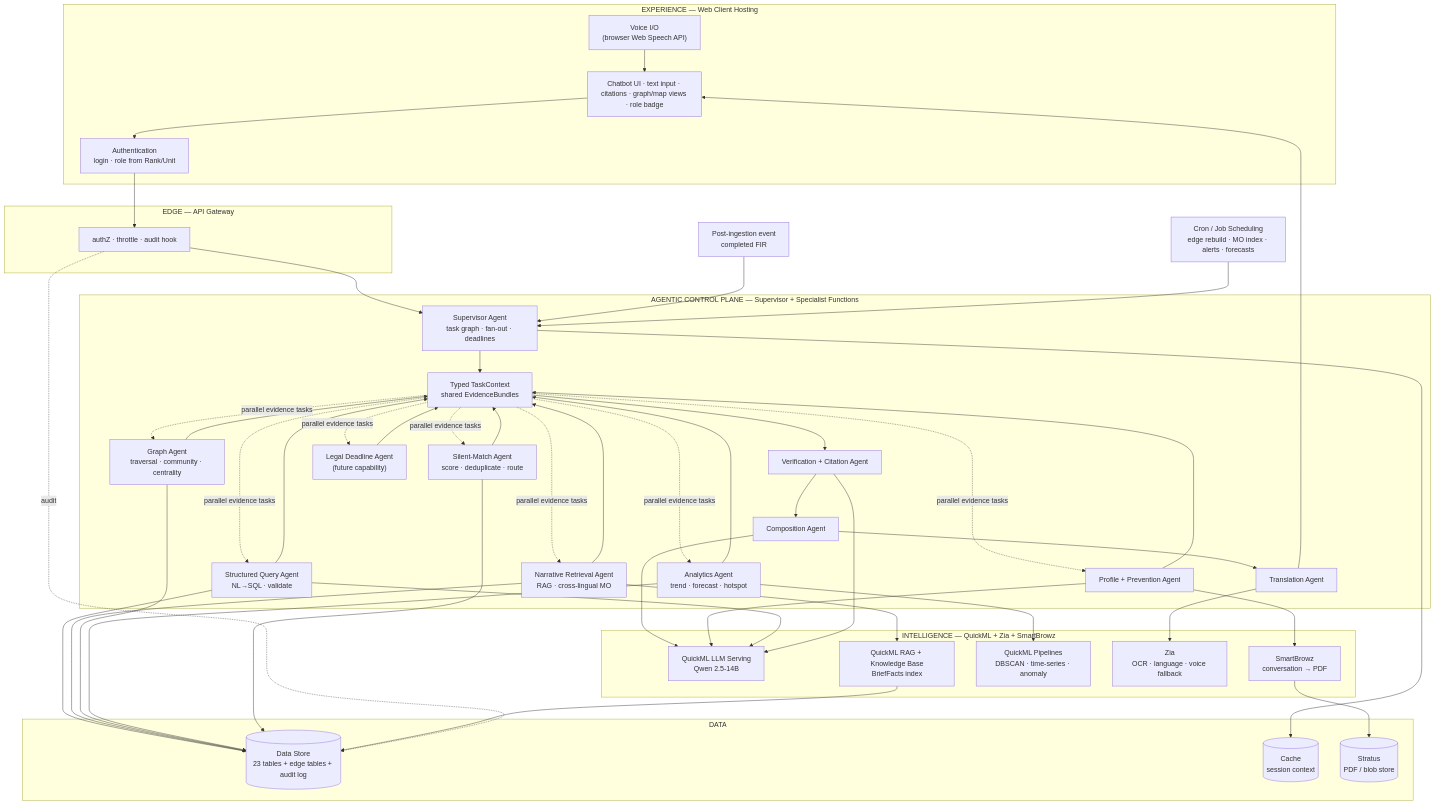
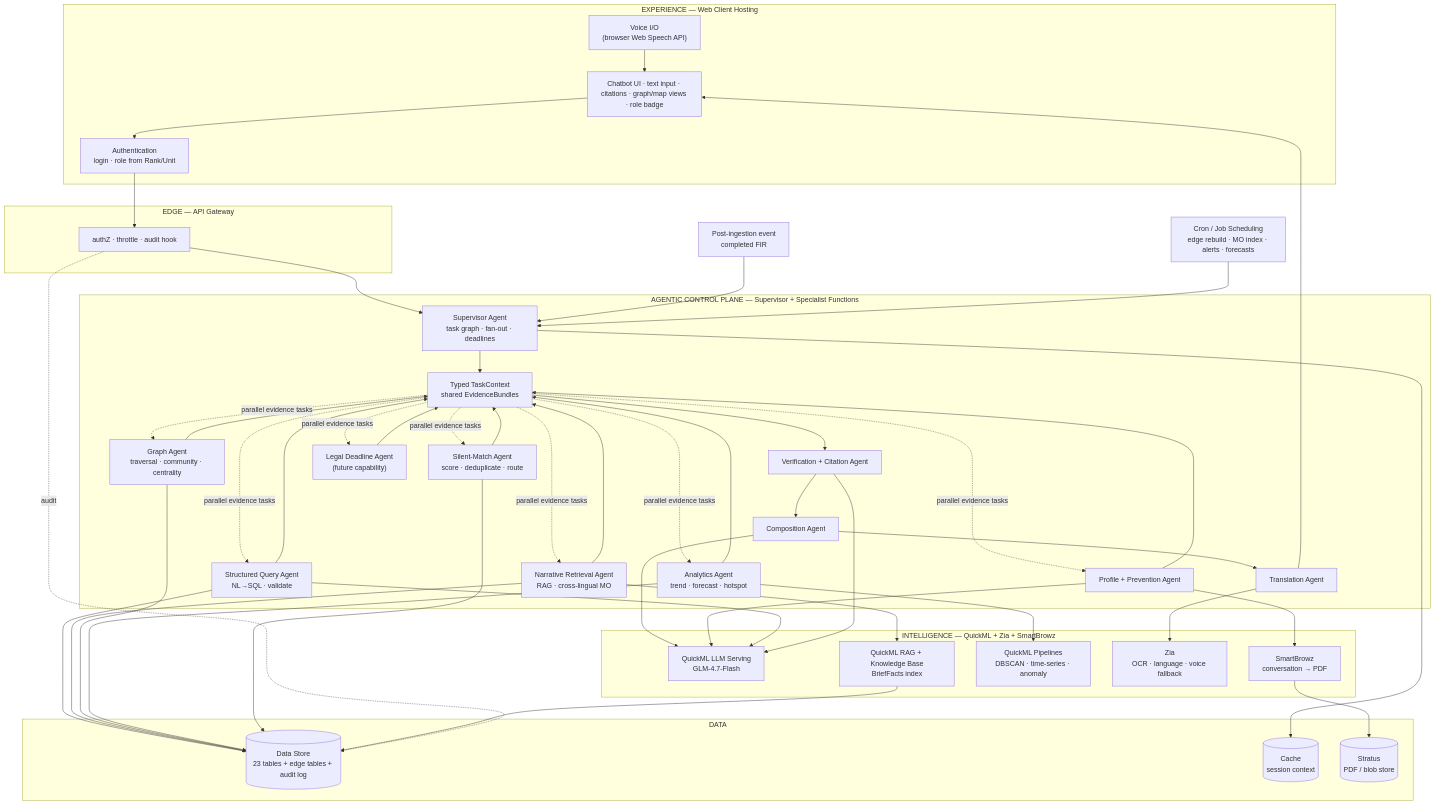
One commit to SHYAMSUNDAR2396/ksp-crime-copilot changed the first of 8 diagrams in PLAN.md. Above: the diagram before and after it, drawn with Mermaid. The commit also changed other lines of this file and 75 other files, not shown here.

````diff
--- a/PLAN.md
+++ b/PLAN.md
@@ -25,69 +25,69 @@
 ```mermaid
 flowchart TB
   subgraph EXP["EXPERIENCE — Web Client Hosting"]
     UI["Chatbot UI · text input · citations · graph/map views · role badge"]
     VOICE["Voice I/O<br/>(browser Web Speech API)"]
     AUTHN["Authentication<br/>login · role from Rank/Unit"]
   end
 
   subgraph EDGE["EDGE — API Gateway"]
     GW["authZ · throttle · audit hook"]
   end
 
   subgraph LOGIC["AGENTIC CONTROL PLANE — Supervisor + Specialist Functions"]
     SUP["Supervisor Agent<br/>task graph · fan-out · deadlines"]
     CTX["Typed TaskContext<br/>shared EvidenceBundles"]
     FQ["Structured Query Agent<br/>NL→SQL · validate"]
     FR["Narrative Retrieval Agent<br/>RAG · cross-lingual MO"]
     FG["Graph Agent<br/>traversal · community · centrality"]
     FA["Analytics Agent<br/>trend · forecast · hotspot"]
     FS["Silent-Match Agent<br/>score · deduplicate · route"]
     FV["Verification + Citation Agent"]
     FC["Composition Agent"]
     FT["Translation Agent"]
     FP["Profile + Prevention Agent"]
     FL["Legal Deadline Agent<br/>(future capability)"]
   end
 
   subgraph AI["INTELLIGENCE — QuickML + Zia + SmartBrowz"]
-    LLM["QuickML LLM Serving<br/>Qwen 2.5-14B"]
+    LLM["QuickML LLM Serving<br/>GLM-4.7-Flash"]
     RAG["QuickML RAG + Knowledge Base<br/>BriefFacts index"]
     PIPE["QuickML Pipelines<br/>DBSCAN · time-series · anomaly"]
     ZIA["Zia<br/>OCR · language · voice fallback"]
     PDF["SmartBrowz<br/>conversation → PDF"]
   end
 
   subgraph DATA["DATA"]
     DS[("Data Store<br/>23 tables + edge tables + audit log")]
     CA[("Cache<br/>session context")]
     ST[("Stratus<br/>PDF / blob store")]
   end
 
   CRON["Cron / Job Scheduling<br/>edge rebuild · MO index · alerts · forecasts"]
   EVENT["Post-ingestion event<br/>completed FIR"]
 
   VOICE --> UI
   UI --> AUTHN --> GW --> SUP
   EVENT --> SUP
   SUP --> CTX
   CTX -. parallel evidence tasks .-> FQ & FR & FG & FA & FS & FP & FL
   FQ & FR & FG & FA & FS & FP & FL --> CTX
   CTX --> FV --> FC --> FT --> UI
   FQ --> DS
   FR --> RAG
   FR --> DS
   FG --> DS
   FA --> PIPE
   FA --> DS
   FS --> DS
   FT --> ZIA
   FC --> LLM
   FP --> LLM
   FQ --> LLM
   FV --> LLM
   RAG --> DS
   FP --> PDF --> ST
   SUP --> CA
   GW -. audit .-> DS
   CRON --> SUP
 ```
````
